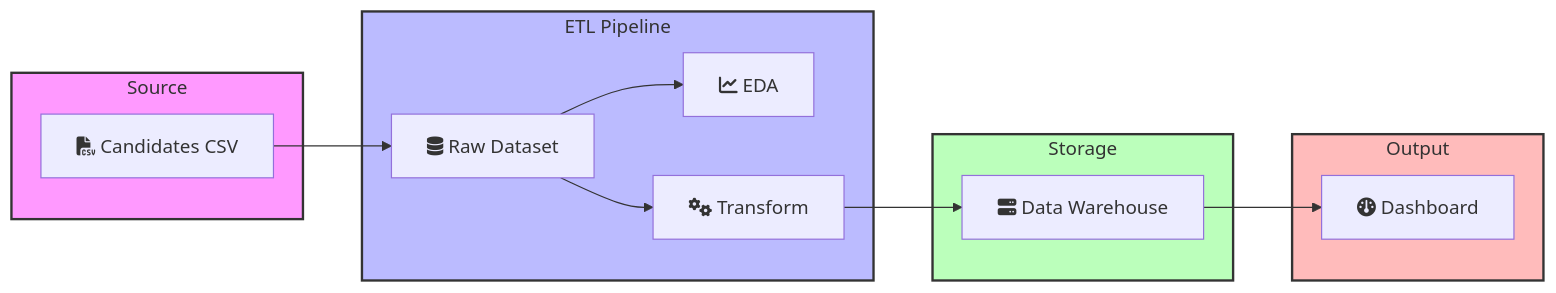
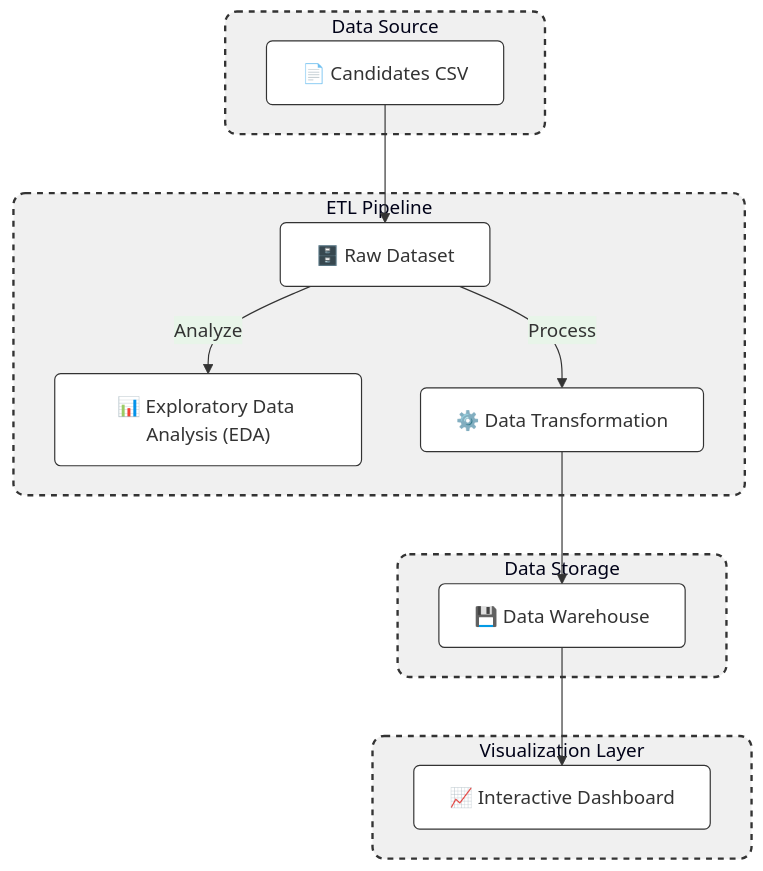
Before and after one commit to jpgomezv/workshop01: the diagram in README.md, drawn with Mermaid.

````diff
--- a/README.md
+++ b/README.md
@@ -3,31 +3,33 @@
 ```mermaid
-graph LR
-    subgraph Data_Source ["Source"]
-        CSV["fa:fa-file-csv Candidates CSV"]
+%%{init: {'theme': 'base', 'themeVariables': {'primaryColor': '#E0F7FA', 'secondaryColor': '#E8F5E9', 'tertiaryColor': '#FFFDE7', 'primaryBorderColor': '#333', 'lineColor': '#333', 'fontFamily': 'arial'}}}%%
+graph TD
+    subgraph Data_Source["Data Source"]
+        CSV["📄 Candidates CSV"]
     end
 
-    subgraph ETL_Process ["ETL Pipeline"]
-        Raw["fa:fa-database Raw Dataset"]
-        EDA["fa:fa-chart-line EDA"]
-        Transform["fa:fa-gears Transform"]
+    subgraph ETL_Process["ETL Pipeline"]
+        Raw["🗄️ Raw Dataset"]
+        EDA["📊 Exploratory Data Analysis (EDA)"]
+        Transform["⚙️ Data Transformation"]
     end
 
-    subgraph Storage ["Storage"]
-        DW["fa:fa-server Data Warehouse"]
+    subgraph Storage["Data Storage"]
+        DW["💾 Data Warehouse"]
     end
 
-    subgraph Visualization ["Output"]
-        Dashboard["fa:fa-gauge Dashboard"]
+    subgraph Visualization["Visualization Layer"]
+        Dashboard["📈 Interactive Dashboard"]
     end
 
     CSV --> Raw
-    Raw --> EDA
-    Raw --> Transform
+    Raw -->|Analyze| EDA
+    Raw -->|Process| Transform
     Transform --> DW
     DW --> Dashboard
 
-    style Data_Source fill:#f9f,stroke:#333,stroke-width:2px
-    style ETL_Process fill:#bbf,stroke:#333,stroke-width:2px
-    style Storage fill:#bfb,stroke:#333,stroke-width:2px
-    style Visualization fill:#fbb,stroke:#333,stroke-width:2px
+    classDef subgraphStyle fill:#f0f0f0,stroke:#333,stroke-width:2px,stroke-dasharray: 5 5,rx:10,ry:10
+    class Data_Source,ETL_Process,Storage,Visualization subgraphStyle
+
+    classDef nodeStyle fill:#ffffff,stroke:#333,stroke-width:1px,rx:5,ry:5
+    class CSV,Raw,EDA,Transform,DW,Dashboard nodeStyle
 ```
````
